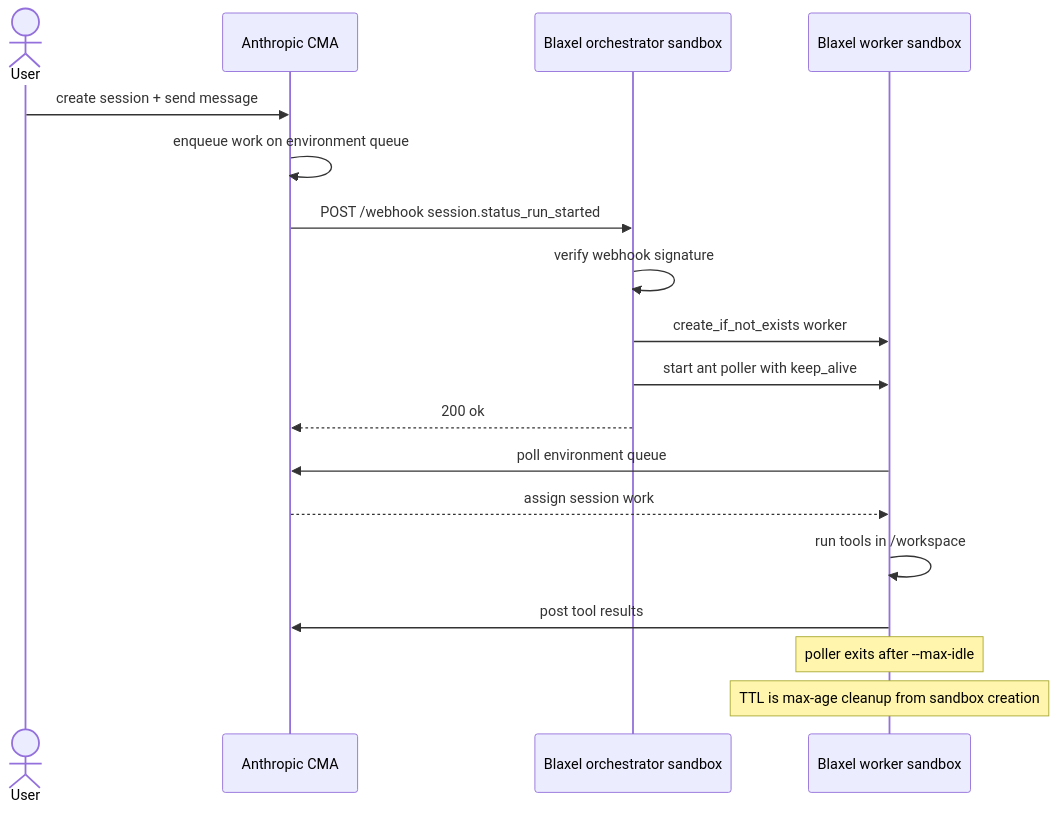
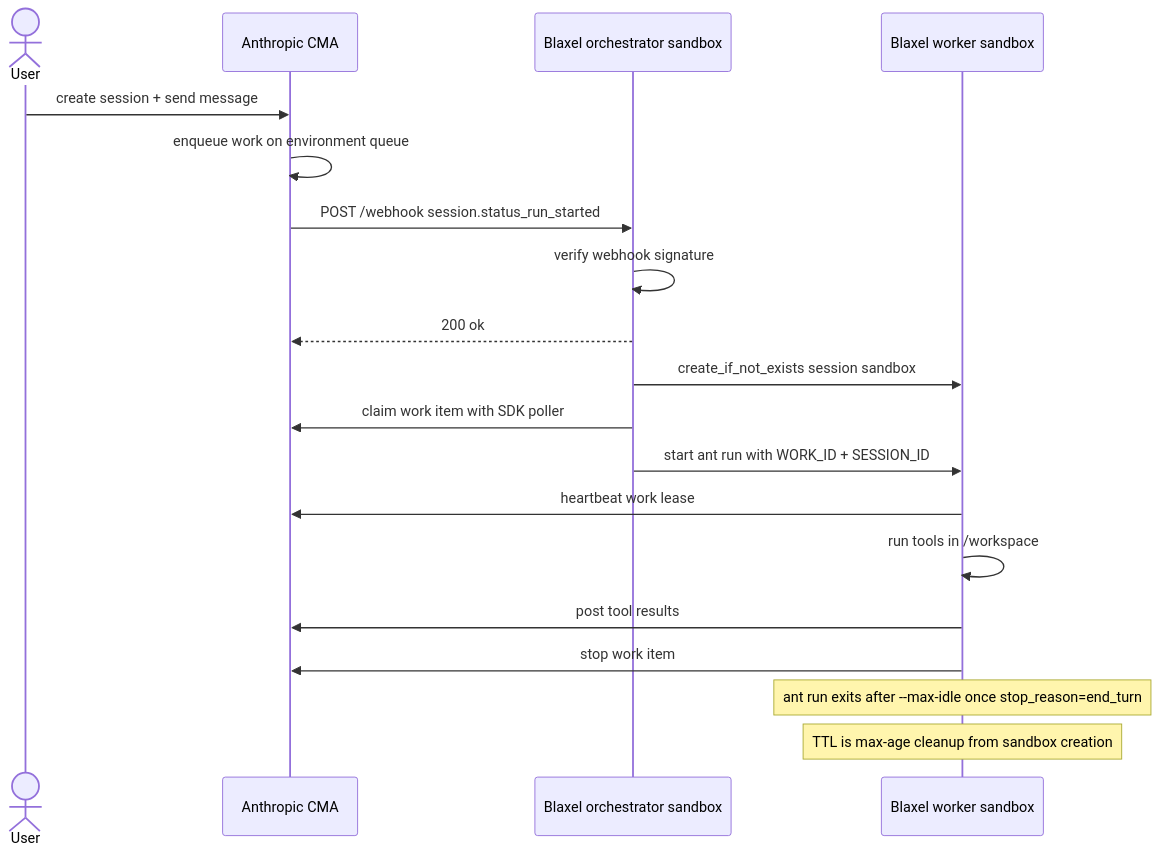
Before and after one commit to blaxel-ai/cma-blaxel-sandbox: the diagram in GUIDE.md, drawn with Mermaid. The commit also changed other lines of this file and 15 other files, not shown here.

````diff
--- a/GUIDE.md
+++ b/GUIDE.md
@@ -49,21 +52,22 @@
 ```mermaid
 sequenceDiagram
     actor User
     participant A as Anthropic CMA
     participant O as Blaxel orchestrator sandbox
     participant W as Blaxel worker sandbox
 
     User->>A: create session + send message
     A->>A: enqueue work on environment queue
     A->>O: POST /webhook session.status_run_started
     O->>O: verify webhook signature
-    O->>W: create_if_not_exists worker
-    O->>W: start ant poller with keep_alive
     O-->>A: 200 ok
-    W->>A: poll environment queue
-    A-->>W: assign session work
+    O->>W: create_if_not_exists session sandbox
+    O->>A: claim work item with SDK poller
+    O->>W: start ant run with WORK_ID + SESSION_ID
+    W->>A: heartbeat work lease
     W->>W: run tools in /workspace
     W->>A: post tool results
-    Note over W: poller exits after --max-idle
+    W->>A: stop work item
+    Note over W: ant run exits after --max-idle once stop_reason=end_turn
     Note over W: TTL is max-age cleanup from sandbox creation
 ```
````
